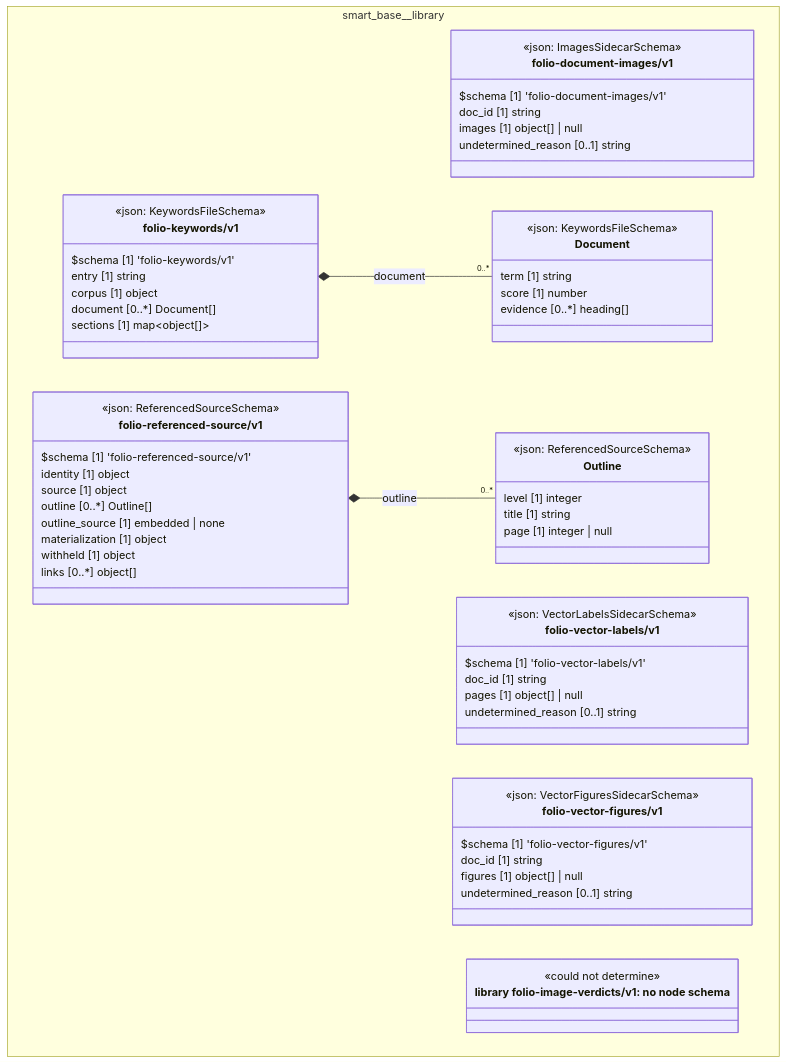
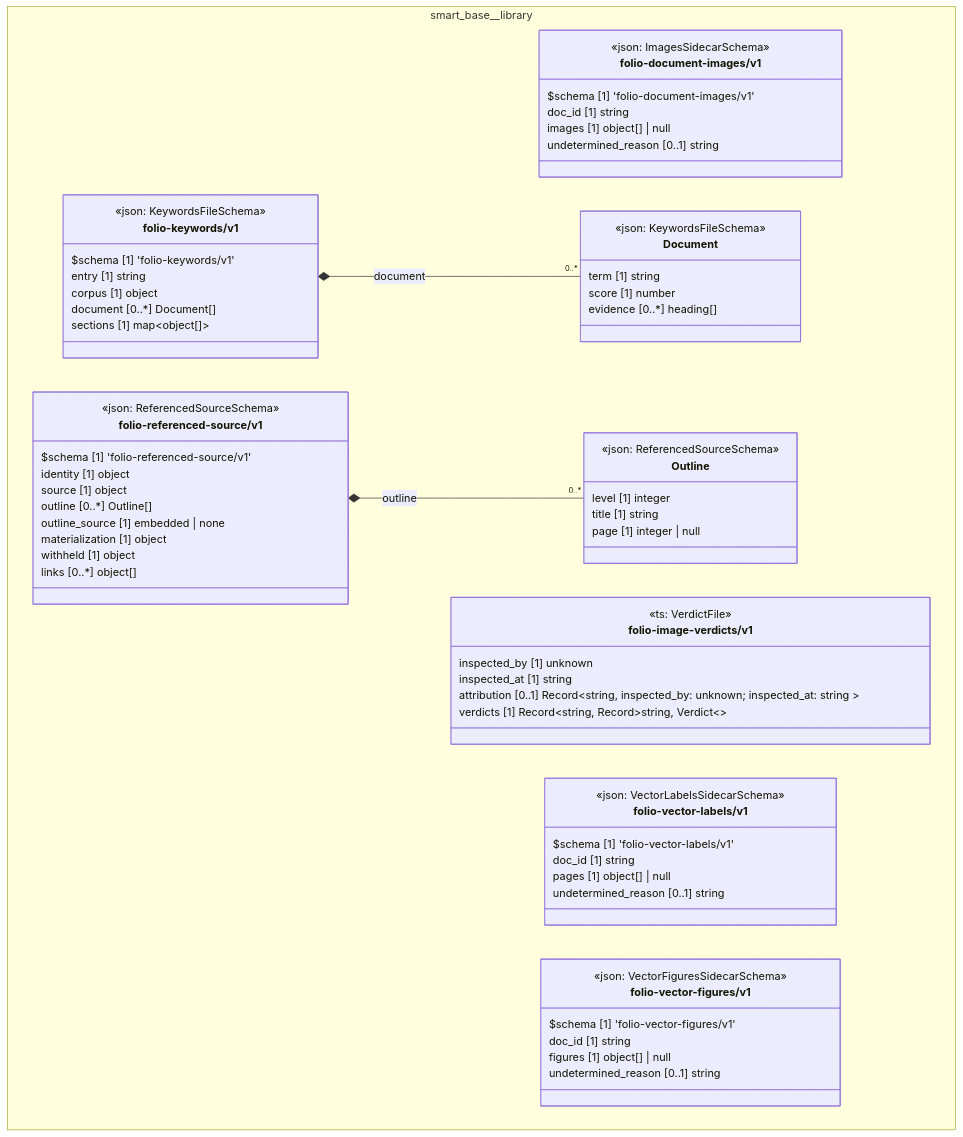
The diagram in docs/uml/overview/smart-base/library.md (litlfred/cat-harness), drawn with Mermaid before and after one commit. The commit also changed other lines of this file and 404 other files, not shown here.

````diff
--- a/docs/uml/overview/smart-base/library.md
+++ b/docs/uml/overview/smart-base/library.md
@@ -47,72 +47,75 @@
 ```mermaid
 classDiagram
   direction TB
   namespace smart_base__library {
     class smart_base_library_folio_document_images_v1_folio_document_images_v1["folio-document-images/v1"] {
       <<json: ImagesSidecarSchema>>
       $schema [1] 'folio-document-images/v1'
       doc_id [1] string
       images [1] object[] | null
       undetermined_reason [0..1] string
+    }
+    class smart_base_library_folio_image_verdicts_v1["folio-image-verdicts/v1"] {
+      <<ts: VerdictFile>>
+      inspected_by [1] unknown
+      inspected_at [1] string
+      attribution [0..1] Record~string,  inspected_by: unknown; inspected_at: string ~
+      verdicts [1] Record~string, Record~string, Verdict~~
     }
     class smart_base_library_folio_vector_labels_v1_folio_vector_labels_v1["folio-vector-labels/v1"] {
       <<json: VectorLabelsSidecarSchema>>
       $schema [1] 'folio-vector-labels/v1'
       doc_id [1] string
       pages [1] object[] | null
       undetermined_reason [0..1] string
     }
     class smart_base_library_folio_vector_figures_v1_folio_vector_figures_v1["folio-vector-figures/v1"] {
       <<json: VectorFiguresSidecarSchema>>
       $schema [1] 'folio-vector-figures/v1'
       doc_id [1] string
       figures [1] object[] | null
       undetermined_reason [0..1] string
     }
     class smart_base_library_folio_keywords_v1_Document["Document"] {
       <<json: KeywordsFileSchema>>
       term [1] string
       score [1] number
       evidence [0..*] heading[]
     }
     class smart_base_library_folio_keywords_v1_folio_keywords_v1["folio-keywords/v1"] {
       <<json: KeywordsFileSchema>>
       $schema [1] 'folio-keywords/v1'
       entry [1] string
       corpus [1] object
       document [0..*] Document[]
       sections [1] map~object[]~
     }
     class smart_base_library_folio_referenced_source_v1_Outline["Outline"] {
       <<json: ReferencedSourceSchema>>
       level [1] integer
       title [1] string
       page [1] integer | null
     }
     class smart_base_library_folio_referenced_source_v1_folio_referenced_source_v1["folio-referenced-source/v1"] {
       <<json: ReferencedSourceSchema>>
       $schema [1] 'folio-referenced-source/v1'
       identity [1] object
       source [1] object
       outline [0..*] Outline[]
       outline_source [1] embedded | none
       materialization [1] object
       withheld [1] object
       links [0..*] object[]
     }
-    class n_smart_base_library_library_folio_image_verdicts_v1["library folio-image-verdicts/v1: no node schema"] {
-      <<could not determine>>
-    }
   }
   smart_base_library_folio_keywords_v1_folio_keywords_v1 *-- "0..*" smart_base_library_folio_keywords_v1_Document : document
   smart_base_library_folio_referenced_source_v1_folio_referenced_source_v1 *-- "0..*" smart_base_library_folio_referenced_source_v1_Outline : outline
   cssClass "smart_base_library_folio_document_images_v1_folio_document_images_v1" fa_uml_kind_library
+  cssClass "smart_base_library_folio_image_verdicts_v1" fa_uml_kind_library
   cssClass "smart_base_library_folio_vector_labels_v1_folio_vector_labels_v1" fa_uml_kind_library
   cssClass "smart_base_library_folio_vector_figures_v1_folio_vector_figures_v1" fa_uml_kind_library
   cssClass "smart_base_library_folio_keywords_v1_Document" fa_uml_kind_library
   cssClass "smart_base_library_folio_keywords_v1_folio_keywords_v1" fa_uml_kind_library
   cssClass "smart_base_library_folio_referenced_source_v1_Outline" fa_uml_kind_library
   cssClass "smart_base_library_folio_referenced_source_v1_folio_referenced_source_v1" fa_uml_kind_library
-  cssClass "n_smart_base_library_library_folio_image_verdicts_v1" fa_uml_kind_library_folio_image_verdicts_v1
-  cssClass "n_smart_base_library_library_folio_image_verdicts_v1" fa_uml_undetermined
 ```
````
